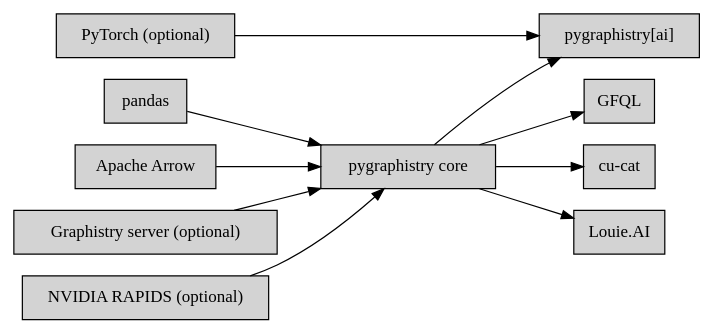
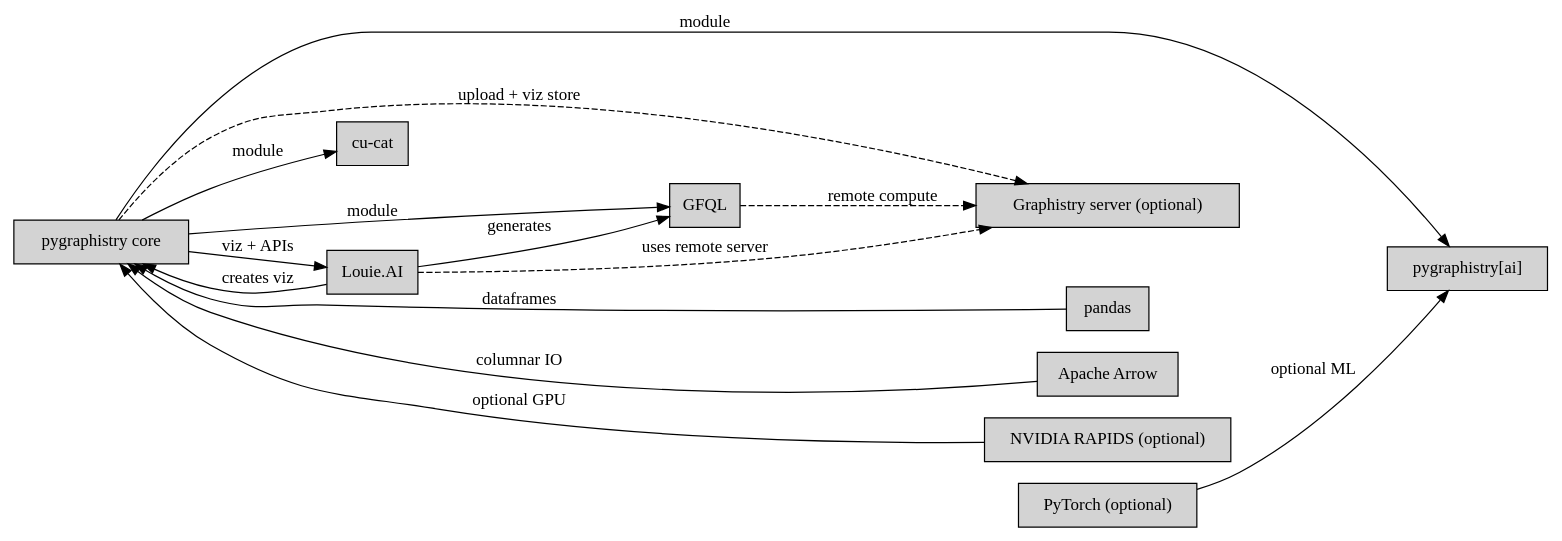
The diagram in docs/source/ecosystem.rst (graphistry/pygraphistry), drawn with Graphviz before and after one commit.

Commit message:
docs: label ecosystem diagram arrows

```diff
--- a/docs/source/ecosystem.rst
+++ b/docs/source/ecosystem.rst
@@ -6,31 +6,36 @@
 .. graphviz::
 
    digraph graphistry_ecosystem_toy {
        rankdir=LR;
        node [shape=box, style=filled, fillcolor=lightgray];
 
        core [label="pygraphistry core"];
        gfql [label="GFQL"];
        ai [label="pygraphistry[ai]"];
        cucat [label="cu-cat"];
        louie [label="Louie.AI"];
 
        pandas [label="pandas"];
        arrow [label="Apache Arrow"];
        server [label="Graphistry server (optional)"];
        rapids [label="NVIDIA RAPIDS (optional)"];
        pytorch [label="PyTorch (optional)"];
 
        {rank=same; pandas; arrow; server; rapids; pytorch;}
 
-       pandas -> core;
-       arrow -> core;
-       rapids -> core;
-       pytorch -> ai;
-       server -> core;
+       pandas -> core [label="dataframes"];
+       arrow -> core [label="columnar IO"];
+       rapids -> core [label="optional GPU"];
+       pytorch -> ai [label="optional ML"];
 
-       core -> gfql;
-       core -> ai;
-       core -> cucat;
-       core -> louie;
+       core -> gfql [label="module"];
+       core -> ai [label="module"];
+       core -> cucat [label="module"];
+       core -> louie [label="viz + APIs"];
+
+       core -> server [label="upload + viz store", style=dashed];
+       gfql -> server [label="remote compute", style=dashed];
+       louie -> server [label="uses remote server", style=dashed];
+       louie -> gfql [label="generates"];
+       louie -> core [label="creates viz"];
    }
```
